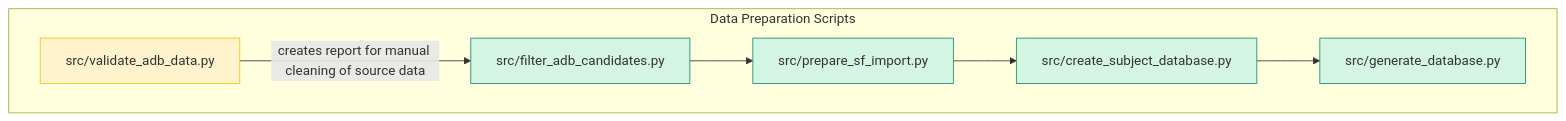
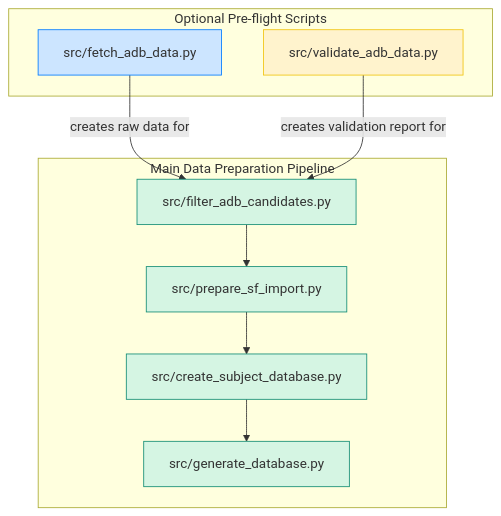
The diagram in docs/diagrams/arch_prep_codebase.mmd (peterjmarko/llm-narrative-framework), drawn with Mermaid before and after one commit. The commit also changed 9 other files, not shown here.

First line of the commit message:
feat(data-prep): add automated adb data fetching script

```diff
--- a/docs/diagrams/arch_prep_codebase.mmd
+++ b/docs/diagrams/arch_prep_codebase.mmd
@@ -1,19 +1,25 @@
 graph TD
-    subgraph "Data Preparation Scripts"
+    subgraph "Optional Pre-flight Scripts"
+        F_new[src/fetch_adb_data.py]
         V[src/validate_adb_data.py]
+    end
+    
+    subgraph "Main Data Preparation Pipeline"
         A[src/filter_adb_candidates.py]
         B[src/prepare_sf_import.py]
         D[src/create_subject_database.py]
         C[src/generate_database.py]
     end
 
-    V -- "creates report for manual cleaning of source data" --> A;
+    F_new -- "creates raw data for" --> A
+    V -- "creates validation report for" --> A;
     A --> B;
     B --> D;
     D --> C;
 
+    style F_new fill:#cce5ff,stroke:#007bff
     style V fill:#fff3cd,stroke:#f1c40f
     style A fill:#D5F5E3,stroke:#138D75
     style B fill:#D5F5E3,stroke:#138D75
     style D fill:#D5F5E3,stroke:#138D75
     style C fill:#D5F5E3,stroke:#138D75
```
